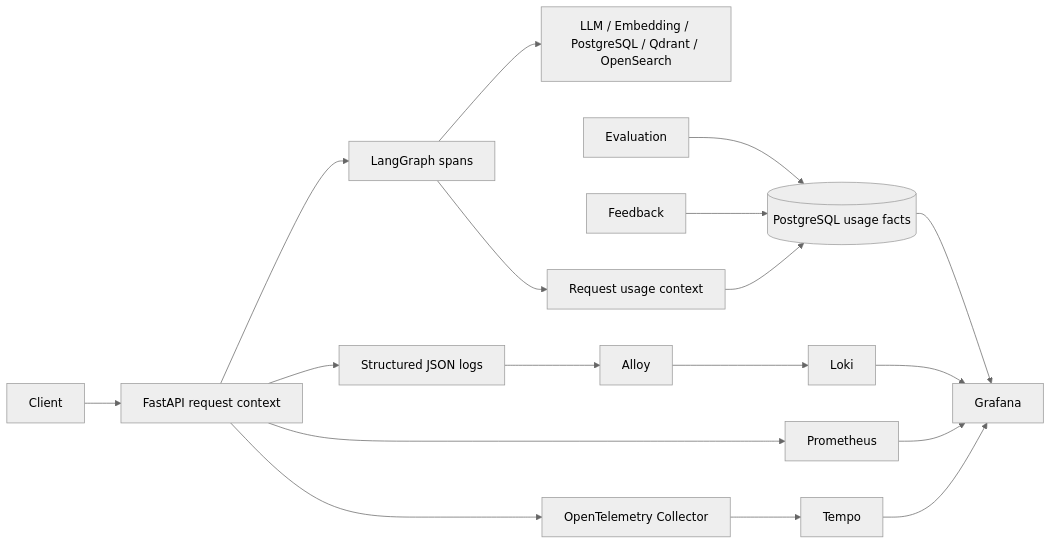
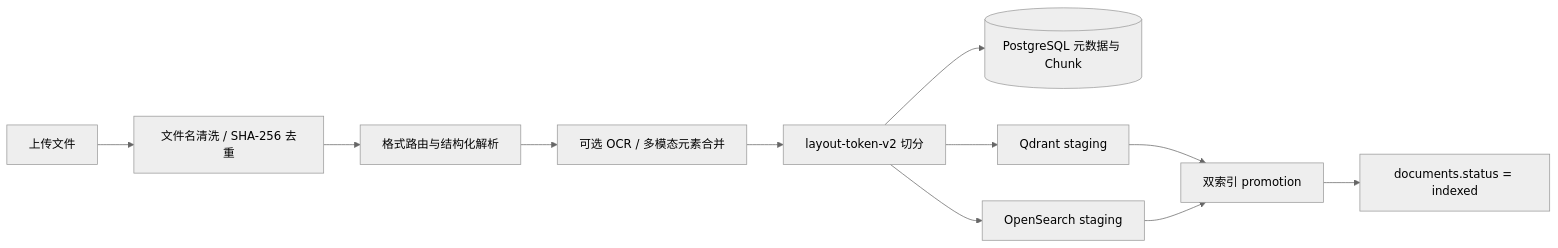
Before and after one commit to nwxshm-ylj/Industrial-Quality-Agentic-RAG-Assistant: the third of 5 diagrams in docs/architecture.md, drawn with Mermaid (neutral theme). The commit also changed other lines of this file and 9 other files, not shown here.

````diff
--- a/docs/architecture.md
+++ b/docs/architecture.md
@@ -228,19 +148,13 @@
-~~~mermaid
+```mermaid
 flowchart LR
-    Client --> API[FastAPI request context]
-    API --> Graph[LangGraph spans]
-    Graph --> Dependencies[LLM / Embedding / PostgreSQL / Qdrant / OpenSearch]
-    API --> JSON[Structured JSON logs]
-    Graph --> Usage[Request usage context]
-    API --> OTEL[OpenTelemetry Collector]
-    OTEL --> Tempo
-    API --> Prometheus
-    JSON --> Alloy --> Loki
-    Usage --> UsageDB[(PostgreSQL usage facts)]
-    Tempo --> Grafana
-    Prometheus --> Grafana
-    Loki --> Grafana
-    UsageDB --> Grafana
-    Feedback --> UsageDB
-    Evaluation --> UsageDB
-~~~
+    UP[上传文件] --> SAFE[文件名清洗 / SHA-256 去重]
+    SAFE --> PARSE[格式路由与结构化解析]
+    PARSE --> MERGE[可选 OCR / 多模态元素合并]
+    MERGE --> CHUNK[layout-token-v2 切分]
+    CHUNK --> PG[(PostgreSQL 元数据与 Chunk)]
+    CHUNK --> QST[Qdrant staging]
+    CHUNK --> OST[OpenSearch staging]
+    QST --> PROMOTE[双索引 promotion]
+    OST --> PROMOTE
+    PROMOTE --> INDEXED[documents.status = indexed]
+```
````
